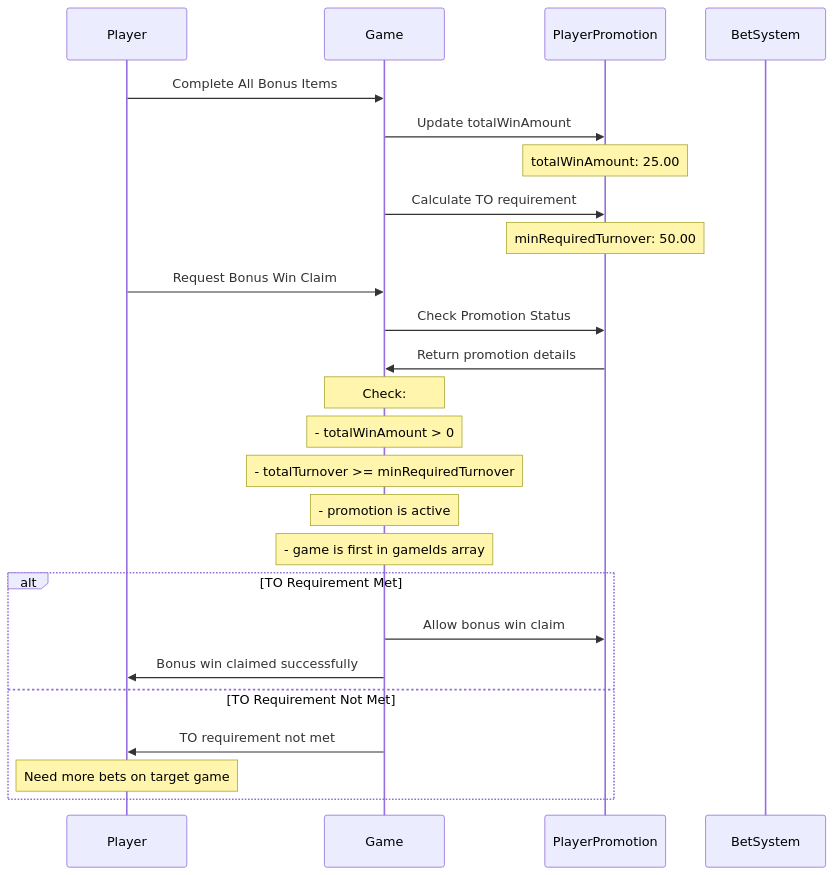
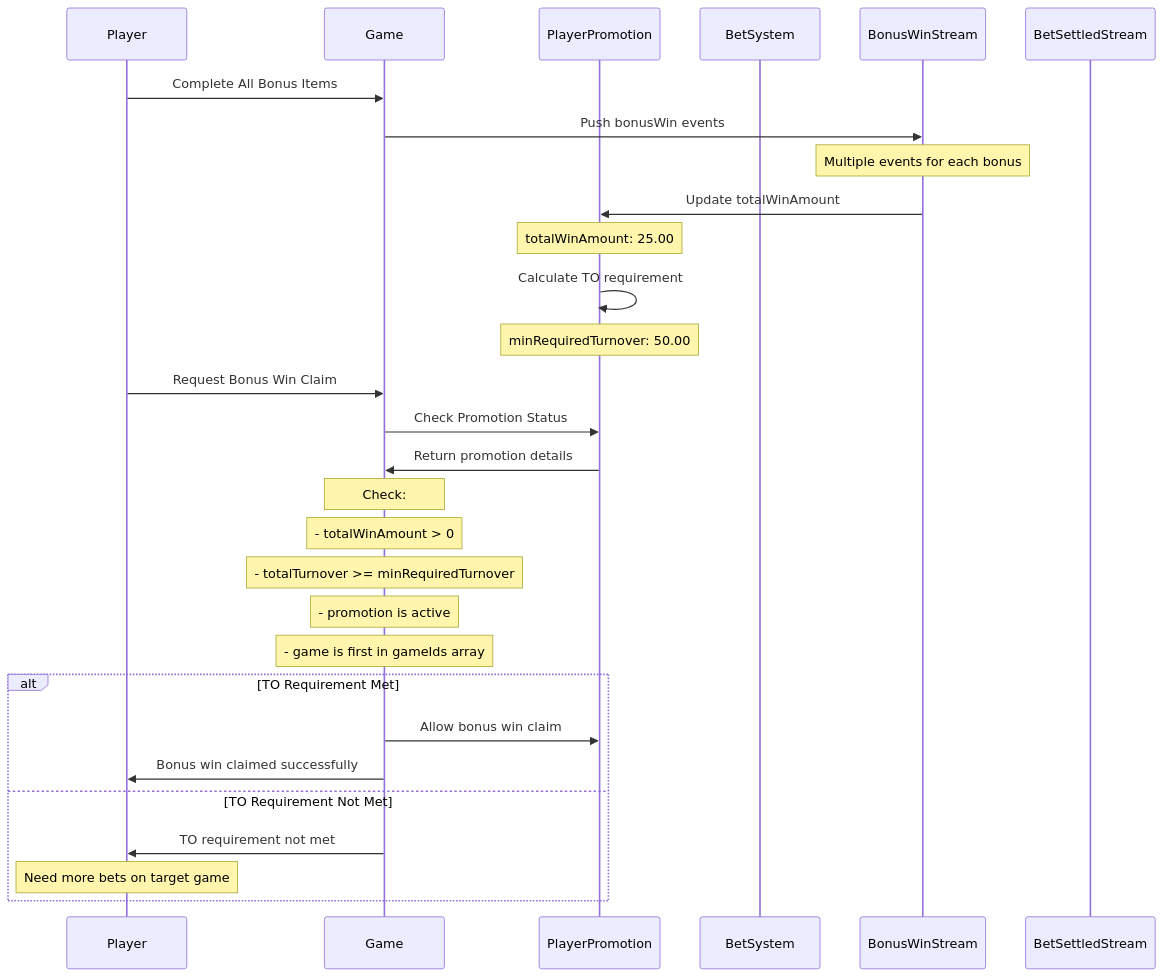
Before and after one commit to starixvn/l1_backend-services_game-promotion-api: the third of 3 diagrams in diagrams/data-models/FreeSpinFlow.md, drawn with Mermaid. The commit also changed other lines of this file and 2 other files, not shown here.

Commit message:
doc: add stream event integration

````diff
--- a/diagrams/data-models/FreeSpinFlow.md
+++ b/diagrams/data-models/FreeSpinFlow.md
@@ -136,30 +260,35 @@
 ```mermaid
 sequenceDiagram
     participant Player
     participant Game
     participant PP as PlayerPromotion
     participant B as BetSystem
+    participant BonusWinStream
+    participant BetSettledStream
 
     Player->>Game: Complete All Bonus Items
-    Game->>PP: Update totalWinAmount
+    Game->>BonusWinStream: Push bonusWin events
+    Note over BonusWinStream: Multiple events for each bonus
+
+    BonusWinStream->>PP: Update totalWinAmount
     Note over PP: totalWinAmount: 25.00
-    Game->>PP: Calculate TO requirement
+    PP->>PP: Calculate TO requirement
     Note over PP: minRequiredTurnover: 50.00
 
     Player->>Game: Request Bonus Win Claim
     Game->>PP: Check Promotion Status
     PP->>Game: Return promotion details
     Note over Game: Check:
     Note over Game: - totalWinAmount > 0
     Note over Game: - totalTurnover >= minRequiredTurnover
     Note over Game: - promotion is active
     Note over Game: - game is first in gameIds array
 
     alt TO Requirement Met
         Game->>PP: Allow bonus win claim
         Game->>Player: Bonus win claimed successfully
     else TO Requirement Not Met
         Game->>Player: TO requirement not met
         Note over Player: Need more bets on target game
     end
 ```
````
